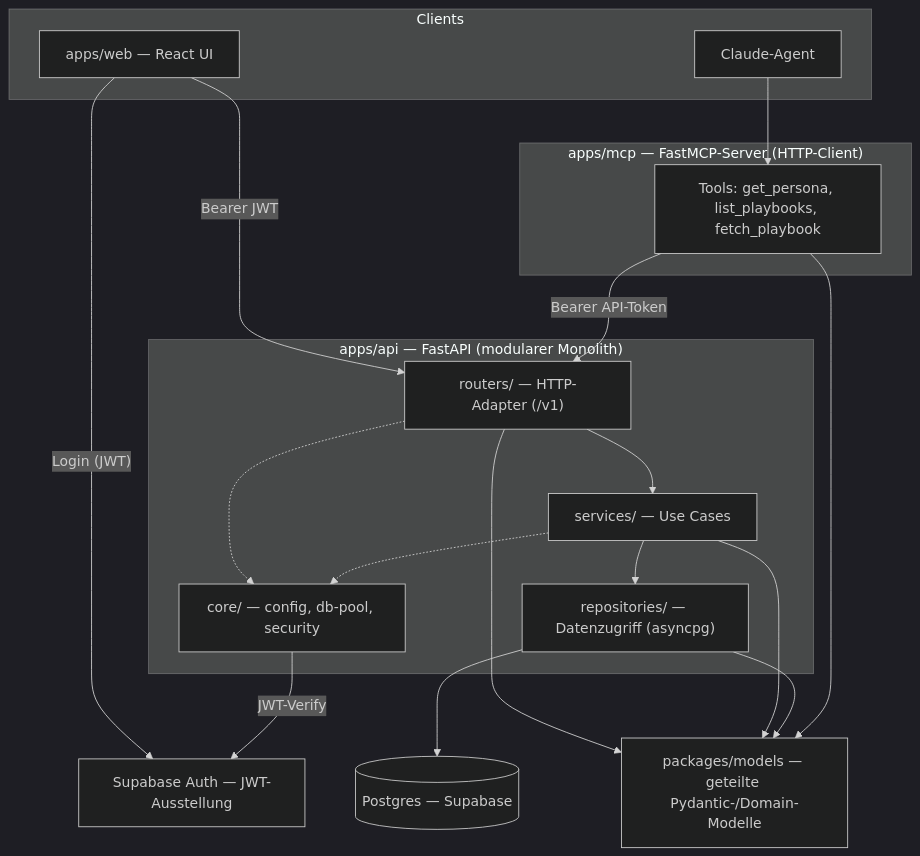
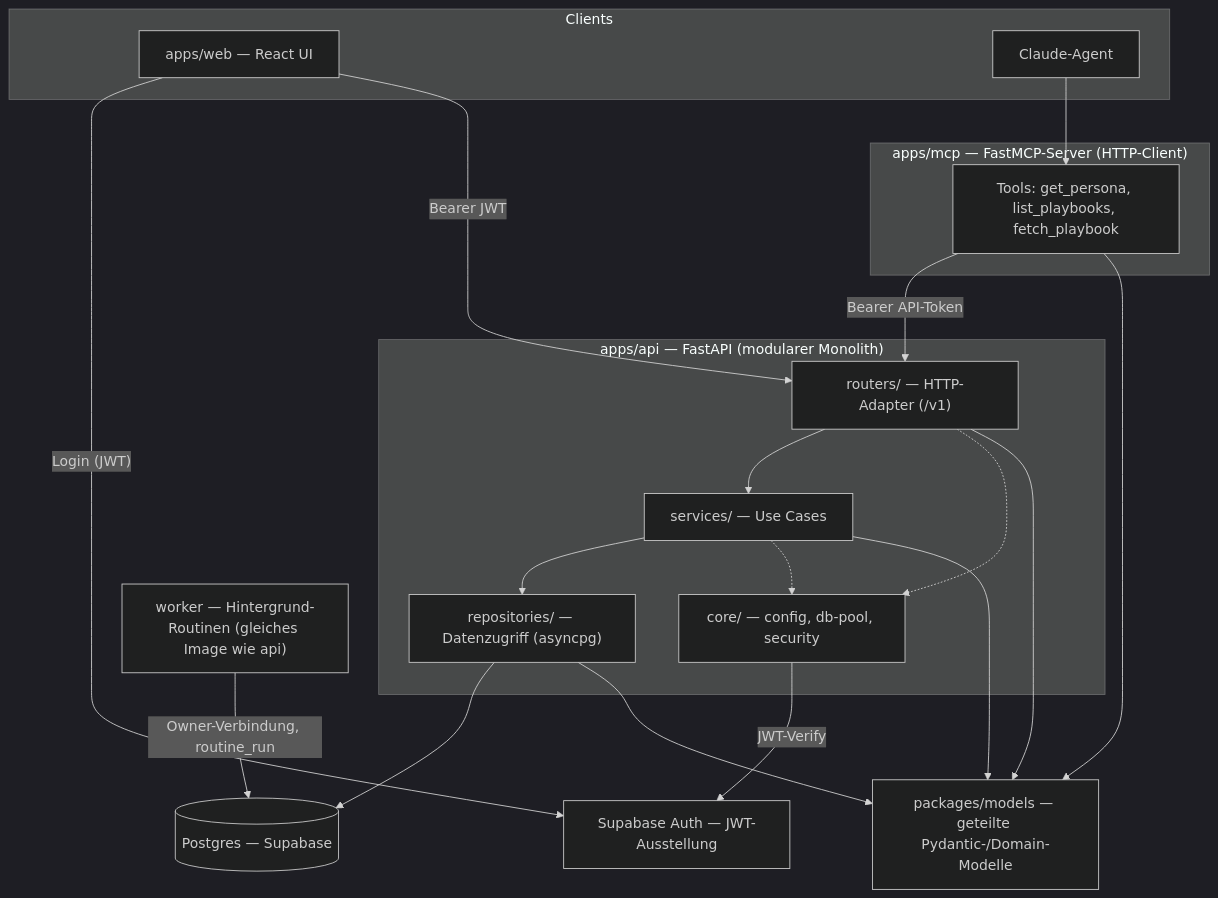
One commit to luetzey/who2be changed the first of 3 diagrams in docs/architecture.md. Above: the diagram before and after it, drawn with Mermaid (dark theme). The commit also changed other lines of this file and 7 other files, not shown here.

````diff
--- a/docs/architecture.md
+++ b/docs/architecture.md
@@ -39,32 +39,34 @@
 ```mermaid
 graph TD
     subgraph Clients
         WEB["apps/web — React UI"]
         AGENT["Claude-Agent"]
     end
     subgraph MCP["apps/mcp — FastMCP-Server (HTTP-Client)"]
         TOOLS["Tools: get_persona, list_playbooks, fetch_playbook"]
     end
     subgraph API["apps/api — FastAPI (modularer Monolith)"]
         R["routers/ — HTTP-Adapter (/v1)"]
         S["services/ — Use Cases"]
         REPO["repositories/ — Datenzugriff (asyncpg)"]
         CORE["core/ — config, db-pool, security"]
     end
     MODELS["packages/models — geteilte Pydantic-/Domain-Modelle"]
     SUPA["Supabase Auth — JWT-Ausstellung"]
     PG[("Postgres — Supabase")]
+    WORKER["worker — Hintergrund-Routinen (gleiches Image wie api)"]
 
     AGENT --> TOOLS
     WEB -->|"Login (JWT)"| SUPA
     WEB -->|"Bearer JWT"| R
     TOOLS -->|"Bearer API-Token"| R
     R --> S --> REPO --> PG
+    WORKER -->|"Owner-Verbindung, routine_run"| PG
     R -.-> CORE
     S -.-> CORE
     R --> MODELS
     S --> MODELS
     REPO --> MODELS
     TOOLS --> MODELS
     CORE -->|"JWT-Verify"| SUPA
 ```
````
